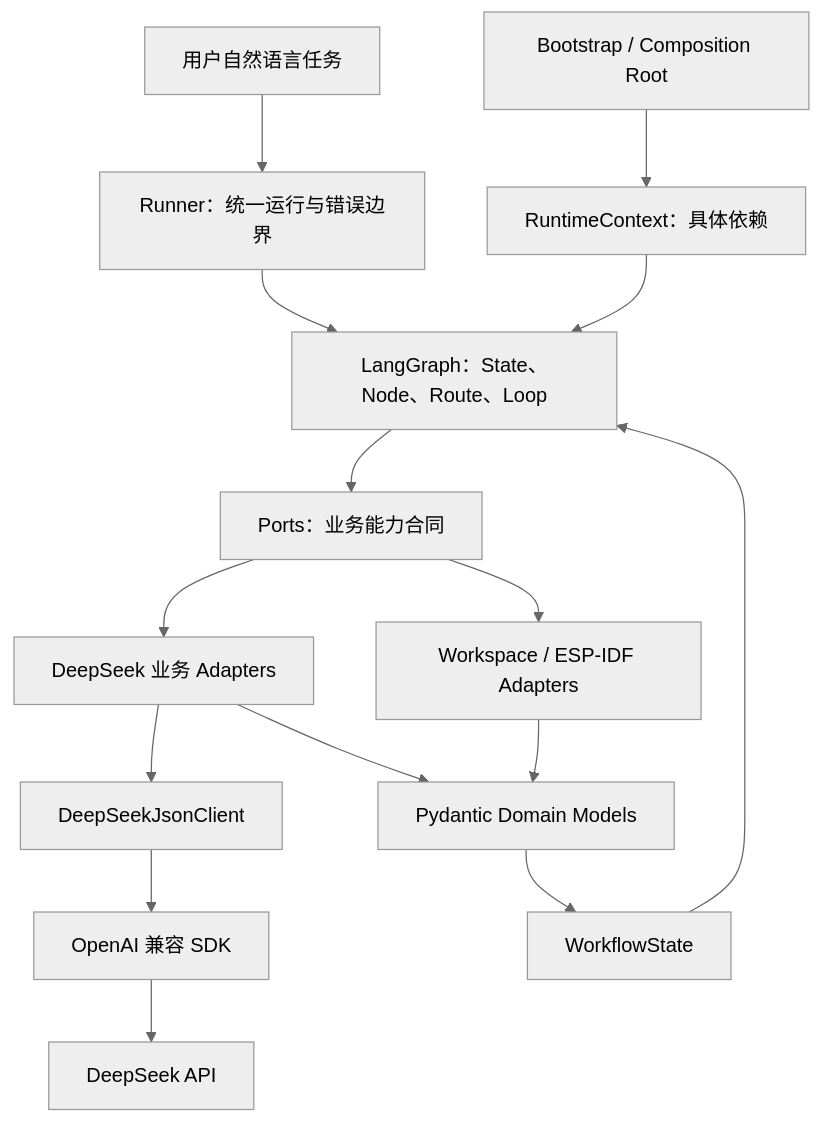
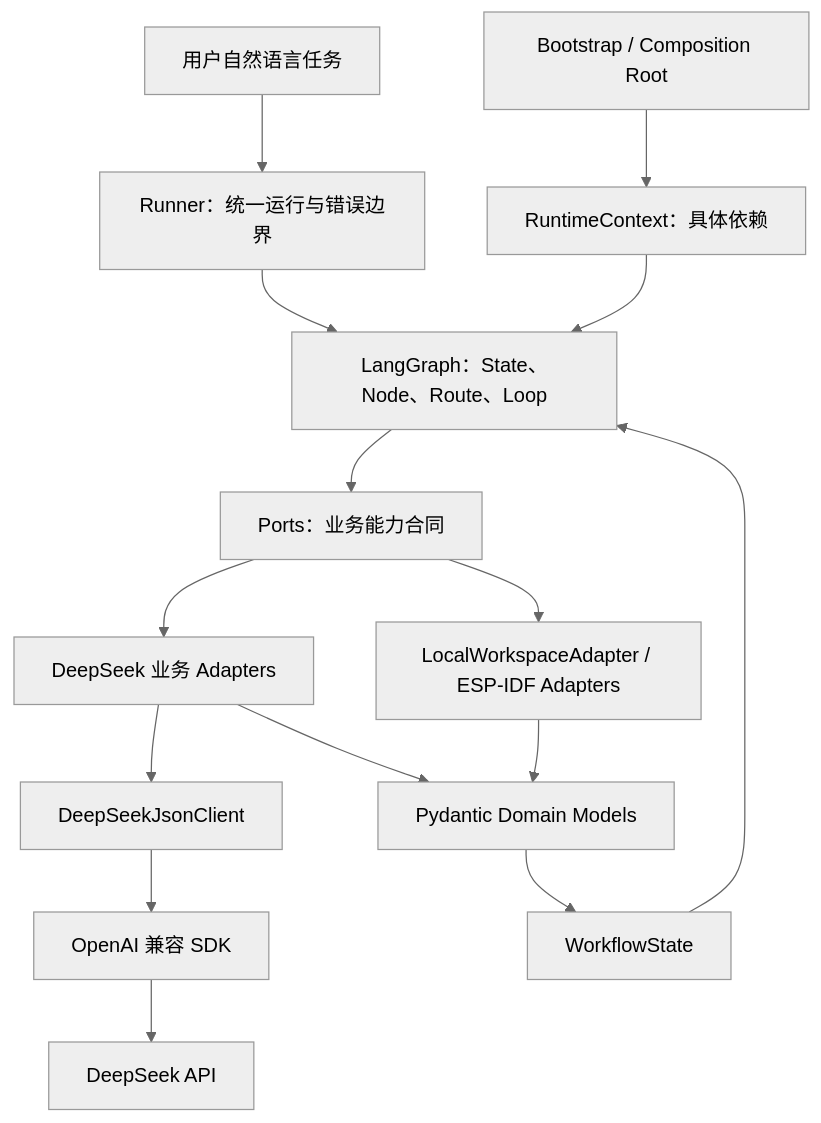
Before and after one commit to neltharion11/luxar-embedded-agent: the diagram in docs/learning/00-LUXAR-Agent-复习总览.md, drawn with Mermaid (neutral theme). The commit also changed other lines of this file and 5 other files, not shown here.

Commit message:
docs: complete local workspace adapter lesson

````diff
--- a/docs/learning/00-LUXAR-Agent-复习总览.md
+++ b/docs/learning/00-LUXAR-Agent-复习总览.md
@@ -128,17 +129,17 @@
 ```mermaid
 flowchart TD
     User["用户自然语言任务"] --> Runner["Runner：统一运行与错误边界"]
     Runner --> Graph["LangGraph：State、Node、Route、Loop"]
     Graph --> Ports["Ports：业务能力合同"]
     Bootstrap["Bootstrap / Composition Root"] --> Context["RuntimeContext：具体依赖"]
     Context --> Graph
     Ports --> ModelAdapters["DeepSeek 业务 Adapters"]
     ModelAdapters --> Client["DeepSeekJsonClient"]
     Client --> SDK["OpenAI 兼容 SDK"]
     SDK --> API["DeepSeek API"]
-    Ports --> EngineeringAdapters["Workspace / ESP-IDF Adapters"]
+    Ports --> EngineeringAdapters["LocalWorkspaceAdapter / ESP-IDF Adapters"]
     ModelAdapters --> Domain["Pydantic Domain Models"]
     EngineeringAdapters --> Domain
     Domain --> State["WorkflowState"]
     State --> Graph
 ```
````
